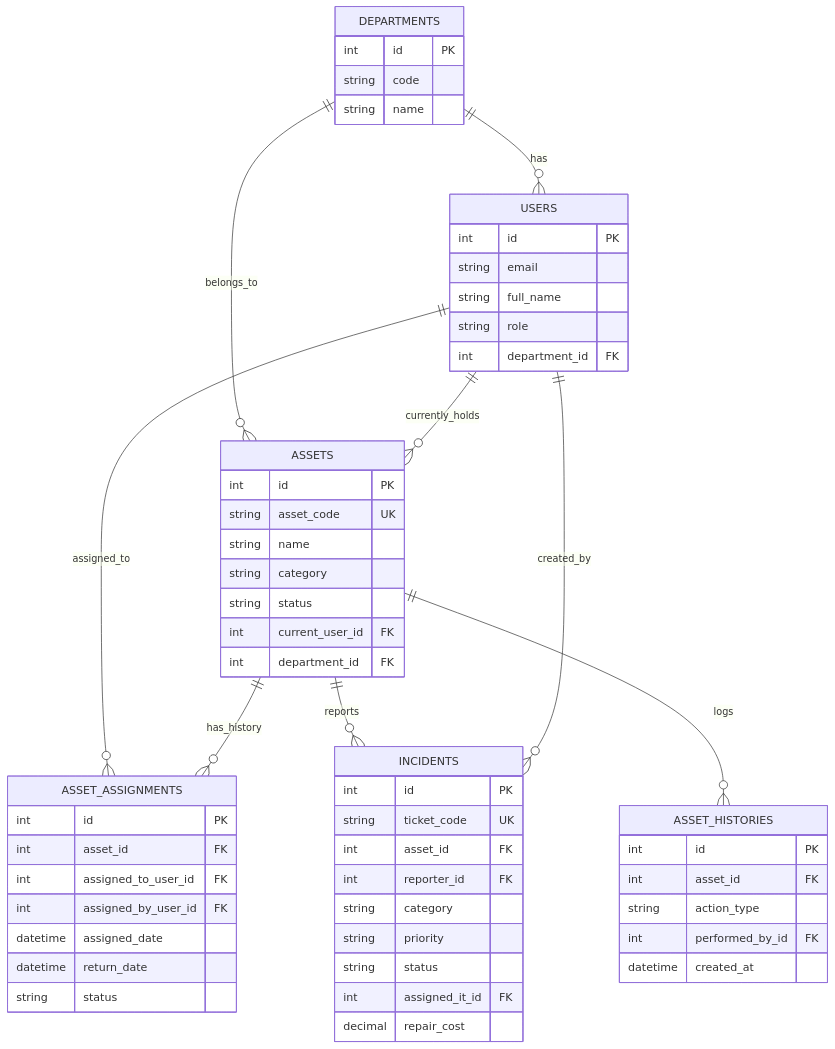
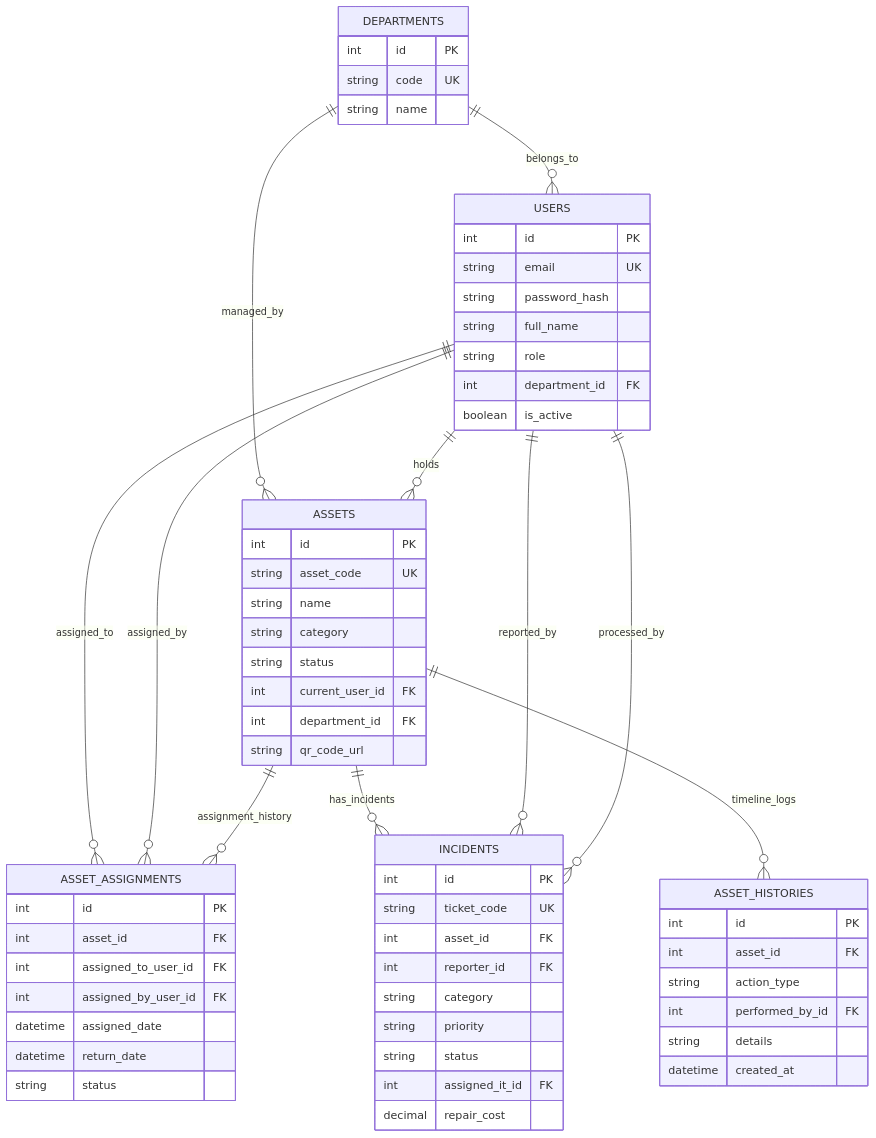
Before and after one commit to phuctiensinh/DX-Asset: the second of 2 diagrams in DESIGN.md, drawn with Mermaid. The commit also changed other lines of this file, not shown here.

````diff
--- a/DESIGN.md
+++ b/DESIGN.md
@@ -140,65 +229,71 @@
 ```mermaid
 erDiagram
-    DEPARTMENTS ||--o{ USERS : "has"
-    DEPARTMENTS ||--o{ ASSETS : "belongs_to"
-    USERS ||--o{ ASSETS : "currently_holds"
+    DEPARTMENTS ||--o{ USERS : "belongs_to"
+    DEPARTMENTS ||--o{ ASSETS : "managed_by"
+    USERS ||--o{ ASSETS : "holds"
     USERS ||--o{ ASSET_ASSIGNMENTS : "assigned_to"
-    ASSETS ||--o{ ASSET_ASSIGNMENTS : "has_history"
-    ASSETS ||--o{ INCIDENTS : "reports"
-    USERS ||--o{ INCIDENTS : "created_by"
-    ASSETS ||--o{ ASSET_HISTORIES : "logs"
+    USERS ||--o{ ASSET_ASSIGNMENTS : "assigned_by"
+    ASSETS ||--o{ ASSET_ASSIGNMENTS : "assignment_history"
+    ASSETS ||--o{ INCIDENTS : "has_incidents"
+    USERS ||--o{ INCIDENTS : "reported_by"
+    USERS ||--o{ INCIDENTS : "processed_by"
+    ASSETS ||--o{ ASSET_HISTORIES : "timeline_logs"
 
     DEPARTMENTS {
         int id PK
-        string code
+        string code UK
         string name
     }
 
     USERS {
         int id PK
-        string email
+        string email UK
+        string password_hash
         string full_name
         string role
         int department_id FK
+        boolean is_active
     }
 
     ASSETS {
         int id PK
         string asset_code UK
         string name
         string category
         string status
         int current_user_id FK
         int department_id FK
+        string qr_code_url
     }
 
     ASSET_ASSIGNMENTS {
         int id PK
         int asset_id FK
         int assigned_to_user_id FK
         int assigned_by_user_id FK
         datetime assigned_date
         datetime return_date
         string status
     }
 
     INCIDENTS {
         int id PK
         string ticket_code UK
         int asset_id FK
         int reporter_id FK
         string category
         string priority
         string status
         int assigned_it_id FK
         decimal repair_cost
     }
 
     ASSET_HISTORIES {
         int id PK
         int asset_id FK
         string action_type
         int performed_by_id FK
+        string details
         datetime created_at
     }
 ```
````
